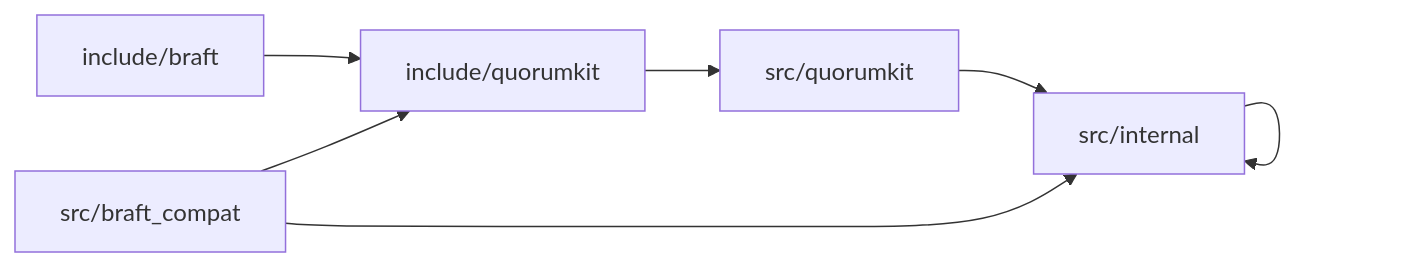
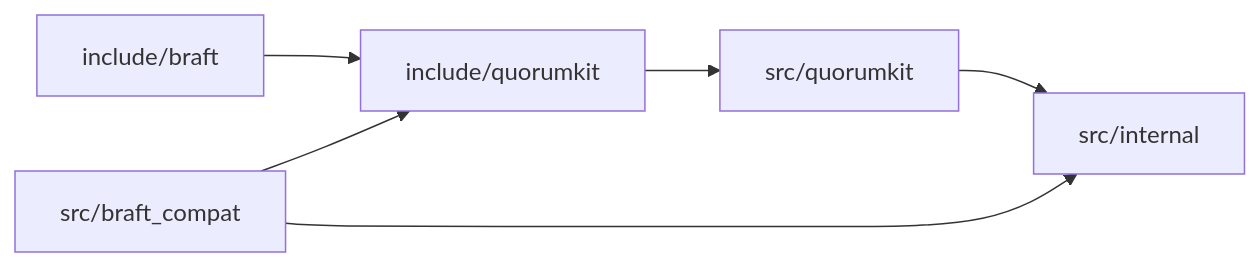
One commit to bringhurst/quorumkit changed the diagram in docs/explanation/repository-layout.md. Above: the diagram before and after it, drawn with Mermaid. The commit also changed other lines of this file and 24 other files, not shown here.

````diff
--- a/docs/explanation/repository-layout.md
+++ b/docs/explanation/repository-layout.md
@@ -55,9 +51,8 @@
 ```mermaid
 flowchart LR
     B[include/braft] --> Q[include/quorumkit]
     Q --> SQ[src/quorumkit]
     SQ --> I[src/internal]
     BC[src/braft_compat] --> Q
     BC --> I
-    I --> I
 ```
````
